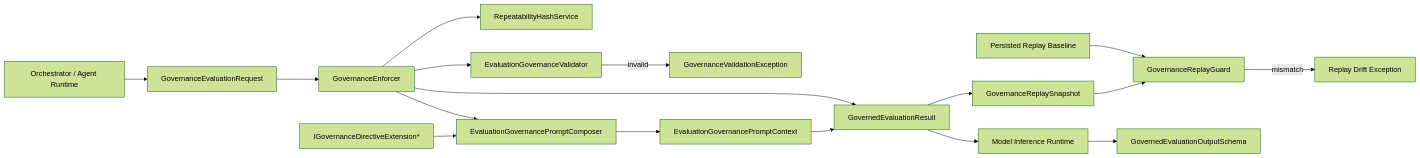
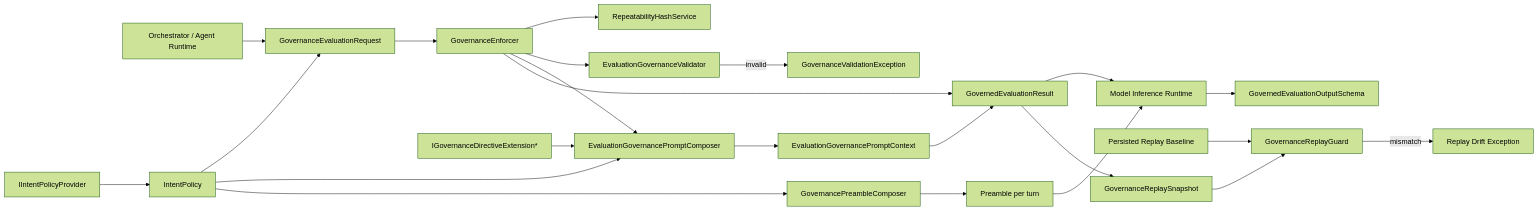
Before and after one commit to goodtocode/agents-governance: the first of 2 diagrams in docs/product/sprint-0/agents-governance-sprint-0-context-diagram.md, drawn with Mermaid (forest theme). The commit also changed 30 other files, not shown here.

Commit message:
Added basics of Policy: AgentIntent (#29)

````diff
--- a/docs/product/sprint-0/agents-governance-sprint-0-context-diagram.md
+++ b/docs/product/sprint-0/agents-governance-sprint-0-context-diagram.md
@@ -10,19 +10,25 @@
 ```mermaid
 flowchart LR
     Caller[Orchestrator / Agent Runtime] --> Request[GovernanceEvaluationRequest]
     Request --> Enforcer[GovernanceEnforcer]
     Enforcer --> Hash[RepeatabilityHashService]
     Enforcer --> Validator[EvaluationGovernanceValidator]
     Validator -->|invalid| ValidationError[GovernanceValidationException]
     Enforcer --> Composer[EvaluationGovernancePromptComposer]
     Extension[IGovernanceDirectiveExtension*] --> Composer
+    IntentProvider[IIntentPolicyProvider] --> IntentPolicy[IntentPolicy]
+    IntentPolicy --> Request
+    IntentPolicy --> Composer
+    IntentPolicy --> PreambleComposer[GovernancePreambleComposer]
+    PreambleComposer --> Preamble[Preamble per turn]
+    Preamble --> Inference
     Composer --> PromptCtx[EvaluationGovernancePromptContext]
     Enforcer --> Result[GovernedEvaluationResult]
     PromptCtx --> Result
     Result --> Inference[Model Inference Runtime]
     Baseline[Persisted Replay Baseline] --> ReplayGuard[GovernanceReplayGuard]
     Result --> Snapshot[GovernanceReplaySnapshot]
     Snapshot --> ReplayGuard
     ReplayGuard -->|mismatch| Drift[Replay Drift Exception]
     Inference --> Output[GovernedEvaluationOutputSchema]
 ```
````
